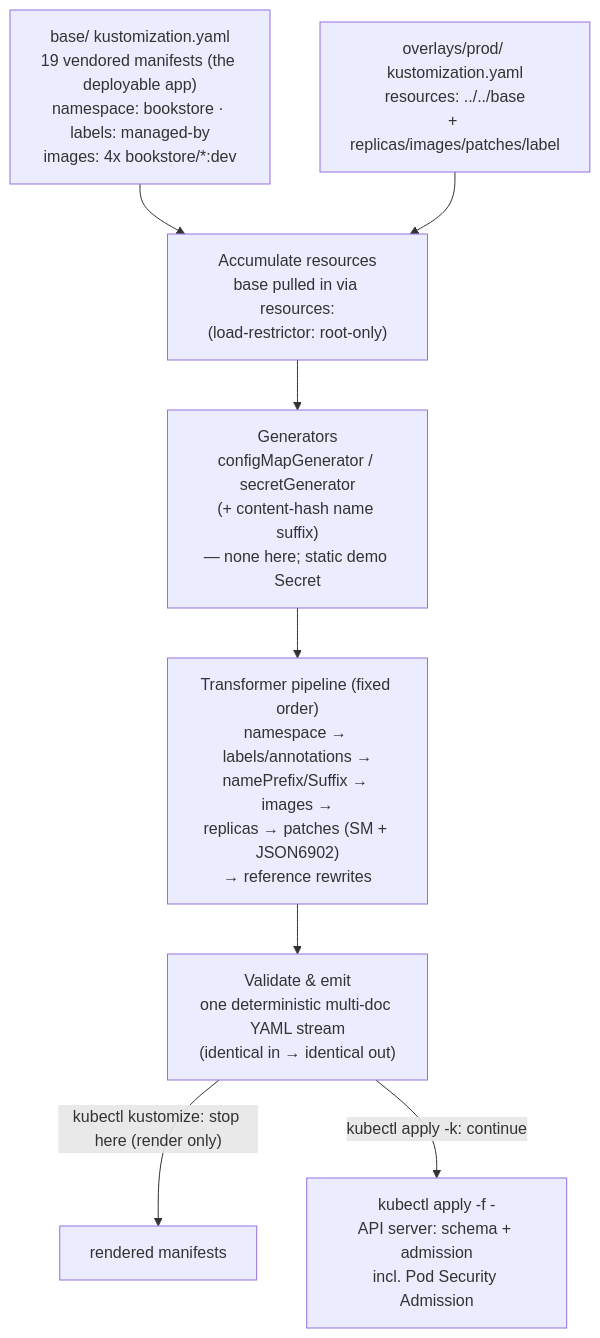
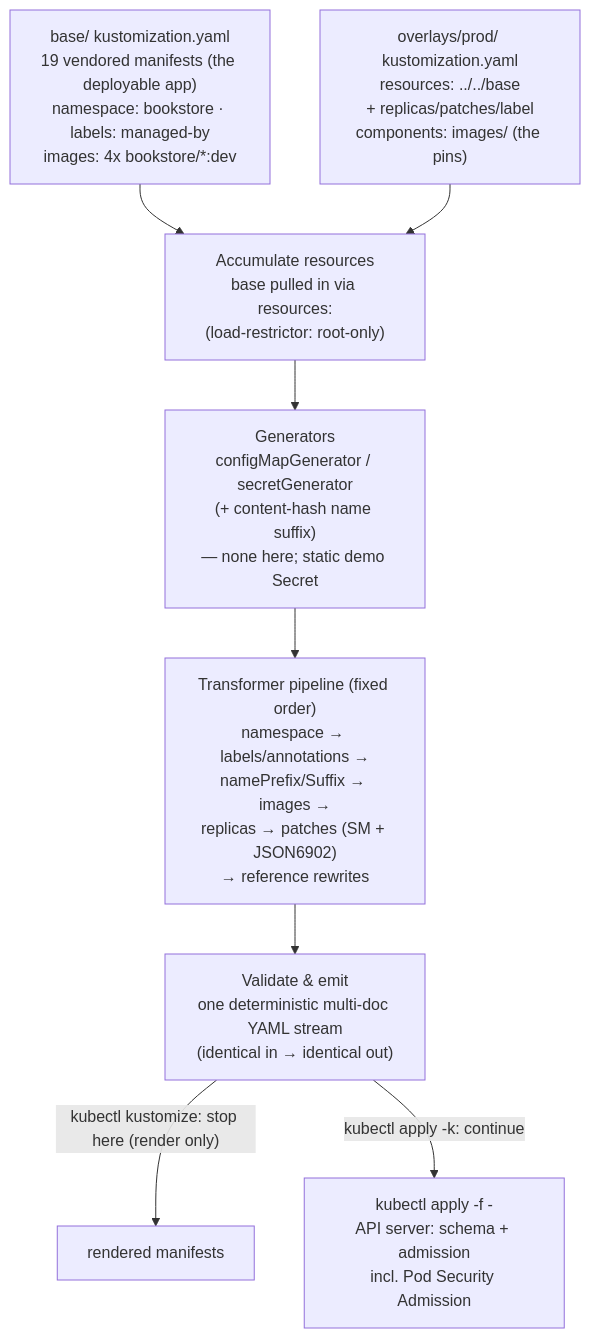
One commit to abd-ulbasit/bookstore-kubernetes-guide changed the diagram in full-guide/07-delivery/02-packaging-kustomize.md. Above: the diagram before and after it, drawn with Mermaid. The commit also changed other lines of this file and 9 other files, not shown here.

````diff
--- a/full-guide/07-delivery/02-packaging-kustomize.md
+++ b/full-guide/07-delivery/02-packaging-kustomize.md
@@ -112,16 +112,16 @@
 ```mermaid
 flowchart TD
     base["base/ kustomization.yaml<br/>19 vendored manifests (the deployable app)<br/>namespace: bookstore · labels: managed-by<br/>images: 4x bookstore/*:dev"]
-    ov["overlays/prod/ kustomization.yaml<br/>resources: ../../base<br/>+ replicas/images/patches/label"]
+    ov["overlays/prod/ kustomization.yaml<br/>resources: ../../base<br/>+ replicas/patches/label<br/>components: images/ (the pins)"]
     acc["Accumulate resources<br/>base pulled in via resources:<br/>(load-restrictor: root-only)"]
     gen["Generators<br/>configMapGenerator / secretGenerator<br/>(+ content-hash name suffix)<br/>— none here; static demo Secret"]
     tr["Transformer pipeline (fixed order)<br/>namespace &rarr; labels/annotations &rarr;<br/>namePrefix/Suffix &rarr; images &rarr;<br/>replicas &rarr; patches (SM + JSON6902)<br/>&rarr; reference rewrites"]
     val["Validate &amp; emit<br/>one deterministic multi-doc YAML stream<br/>(identical in &rarr; identical out)"]
     out["kubectl apply -f -<br/>API server: schema + admission<br/>incl. Pod Security Admission"]
 
     base --> acc
     ov --> acc
     acc --> gen --> tr --> val
     val -->|"kubectl kustomize: stop here (render only)"| done["rendered manifests"]
     val -->|"kubectl apply -k: continue"| out
 ```
````
